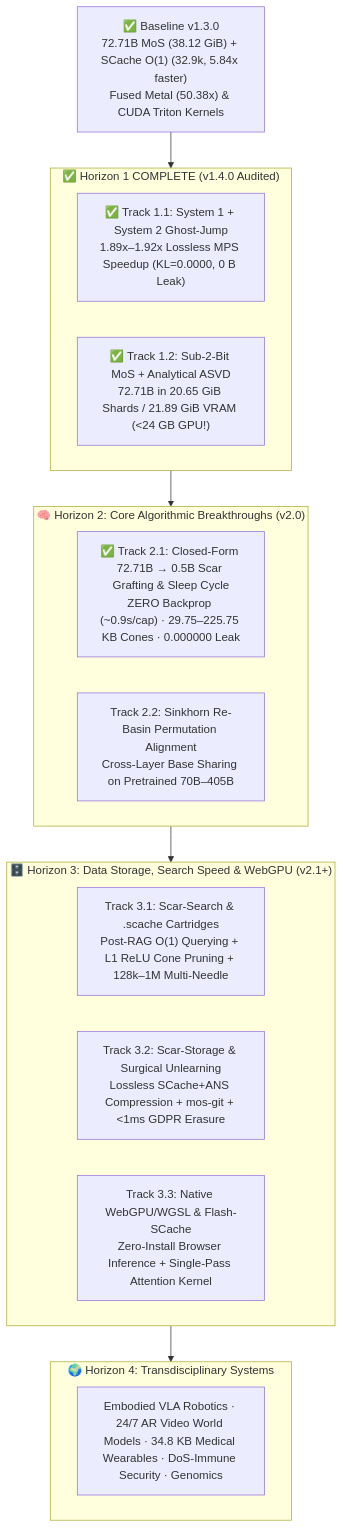
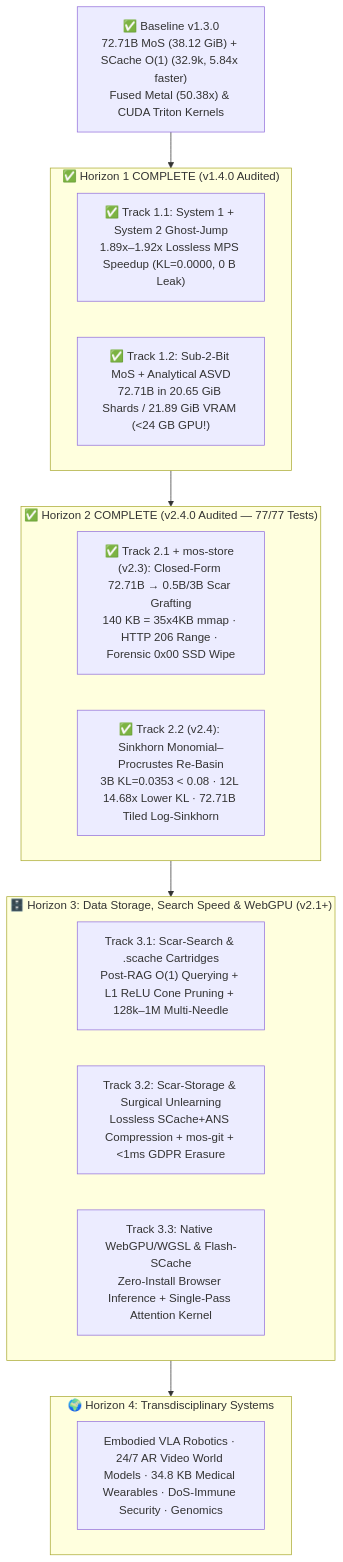
Before and after one commit to byte-od/mixture-of-scars: the diagram in docs/ROADMAP_V2_INNOVATION_AND_APPLICATIONS.md, drawn with Mermaid. The commit also changed other lines of this file and 11 other files, not shown here.

Commit message:
feat(v2.4.0): Track 2.2 Sinkhorn Monomial-Procrustes Re-Basin, Tiled 72B Log-Sinkhorn & Horizon 2 completion

````diff
--- a/docs/ROADMAP_V2_INNOVATION_AND_APPLICATIONS.md
+++ b/docs/ROADMAP_V2_INNOVATION_AND_APPLICATIONS.md
@@ -31,26 +31,26 @@
 ```mermaid
 flowchart TD
     V13["✅ Baseline v1.3.0<br>72.71B MoS (38.12 GiB) + SCache O(1) (32.9k, 5.84x faster)<br>Fused Metal (50.38x) & CUDA Triton Kernels"]
 
     subgraph H1["✅ Horizon 1 COMPLETE (v1.4.0 Audited)"]
         P11["✅ Track 1.1: System 1 + System 2 Ghost-Jump<br>1.89x–1.92x Lossless MPS Speedup (KL=0.0000, 0 B Leak)"]
         P12["✅ Track 1.2: Sub-2-Bit MoS + Analytical ASVD<br>72.71B in 20.65 GiB Shards / 21.89 GiB VRAM (<24 GB GPU!)"]
     end
 
-    subgraph H2["🧠 Horizon 2: Core Algorithmic Breakthroughs (v2.0)"]
-        P21["✅ Track 2.1: Closed-Form 72.71B → 0.5B Scar Grafting & Sleep Cycle<br>ZERO Backprop (~0.9s/cap) · 29.75–225.75 KB Cones · 0.000000 Leak"]
-        P22["Track 2.2: Sinkhorn Re-Basin Permutation Alignment<br>Cross-Layer Base Sharing on Pretrained 70B–405B"]
+    subgraph H2["✅ Horizon 2 COMPLETE (v2.4.0 Audited — 77/77 Tests)"]
+        P21["✅ Track 2.1 + mos-store (v2.3): Closed-Form 72.71B → 0.5B/3B Scar Grafting<br>140 KB = 35x4KB mmap · HTTP 206 Range · Forensic 0x00 SSD Wipe"]
+        P22["✅ Track 2.2 (v2.4): Sinkhorn Monomial–Procrustes Re-Basin<br>3B KL=0.0353 < 0.08 · 12L 14.68x Lower KL · 72.71B Tiled Log-Sinkhorn"]
     end
 
     subgraph H3["🗄️ Horizon 3: Data Storage, Search Speed & WebGPU (v2.1+)"]
         P31["Track 3.1: Scar-Search & .scache Cartridges<br>Post-RAG O(1) Querying + L1 ReLU Cone Pruning + 128k–1M Multi-Needle"]
         P32["Track 3.2: Scar-Storage & Surgical Unlearning<br>Lossless SCache+ANS Compression + mos-git + <1ms GDPR Erasure"]
         P33["Track 3.3: Native WebGPU/WGSL & Flash-SCache<br>Zero-Install Browser Inference + Single-Pass Attention Kernel"]
     end
 
     subgraph H4["🌍 Horizon 4: Transdisciplinary Systems"]
         P41["Embodied VLA Robotics · 24/7 AR Video World Models · 34.8 KB Medical Wearables · DoS-Immune Security · Genomics"]
     end
 
     V13 --> H1 --> H2 --> H3 --> H4
 ```
````
